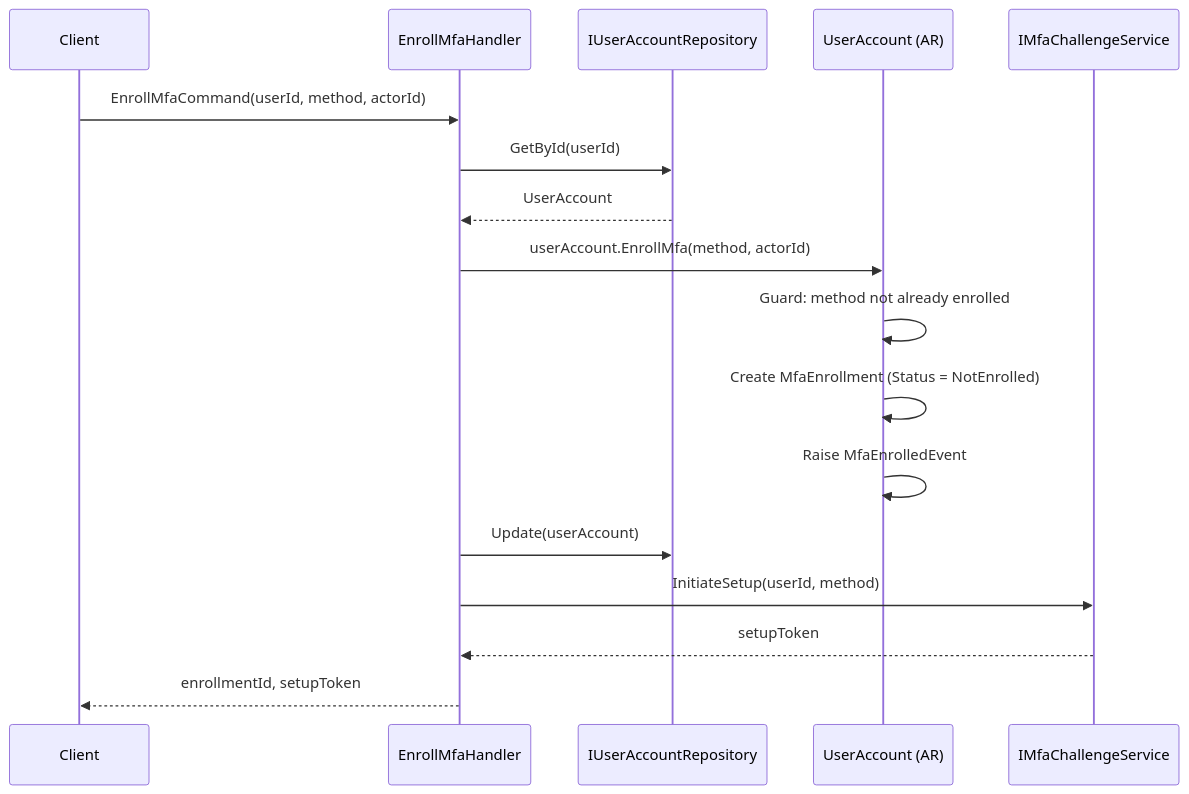
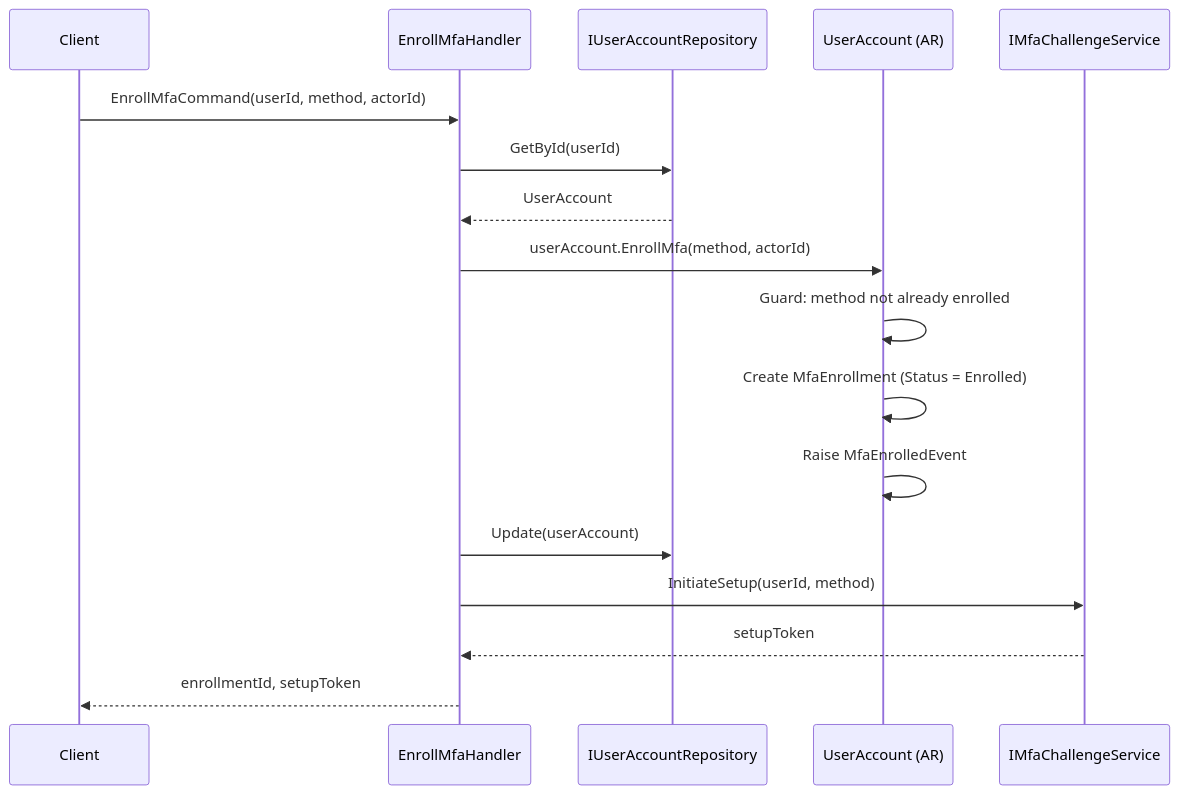
The third of 5 diagrams in docs/domain/identity/user-account.md (beyondnetcode/ums), drawn with Mermaid before and after one commit. The commit also changed other lines of this file and 3 other files, not shown here.

````diff
--- a/docs/domain/identity/user-account.md
+++ b/docs/domain/identity/user-account.md
@@ -181,20 +180,20 @@
 ```mermaid
 sequenceDiagram
     participant C as Client
     participant H as EnrollMfaHandler
     participant R as IUserAccountRepository
     participant U as UserAccount (AR)
     participant MFA as IMfaChallengeService
 
     C->>H: EnrollMfaCommand(userId, method, actorId)
     H->>R: GetById(userId)
     R-->>H: UserAccount
     H->>U: userAccount.EnrollMfa(method, actorId)
     U->>U: Guard: method not already enrolled
-    U->>U: Create MfaEnrollment (Status = NotEnrolled)
+    U->>U: Create MfaEnrollment (Status = Enrolled)
     U->>U: Raise MfaEnrolledEvent
     H->>R: Update(userAccount)
     H->>MFA: InitiateSetup(userId, method)
     MFA-->>H: setupToken
     H-->>C: enrollmentId, setupToken
 ```
````
